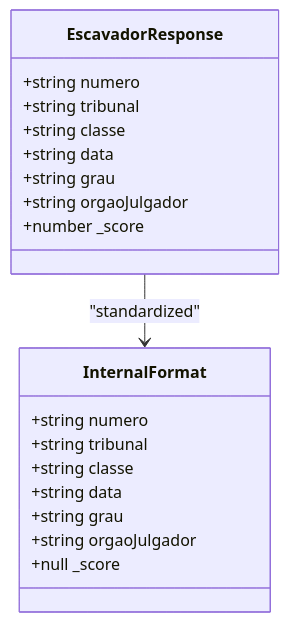
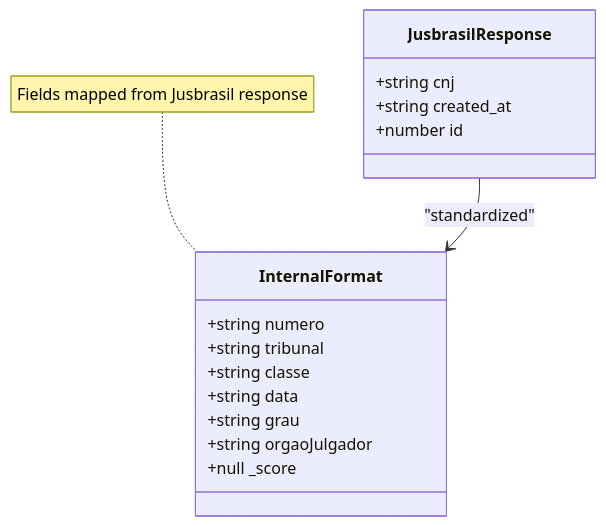
Diagram 13 of 20 in .qoder/repowiki/en/content/API Integration Layer/Premium Paid Service Integration.md (Alexandrexicara/bot-processos), drawn with Mermaid before and after one commit. The commit also changed other lines of this file and 10 other files, not shown here.

````diff
--- a/.qoder/repowiki/en/content/API Integration Layer/Premium Paid Service Integration.md
+++ b/.qoder/repowiki/en/content/API Integration Layer/Premium Paid Service Integration.md
@@ -495,22 +544,19 @@
 ```mermaid
 classDiagram
-class EscavadorResponse {
-+string numero
-+string tribunal
-+string classe
-+string data
-+string grau
-+string orgaoJulgador
-+number _score
+class JusbrasilResponse {
++string cnj
++string created_at
++number id
 }
 class InternalFormat {
 +string numero
 +string tribunal
 +string classe
 +string data
 +string grau
 +string orgaoJulgador
 +null _score
 }
-EscavadorResponse --> InternalFormat : "standardized"
+JusbrasilResponse --> InternalFormat : "standardized"
+note for InternalFormat "Fields mapped from Jusbrasil response"
 ```
````
